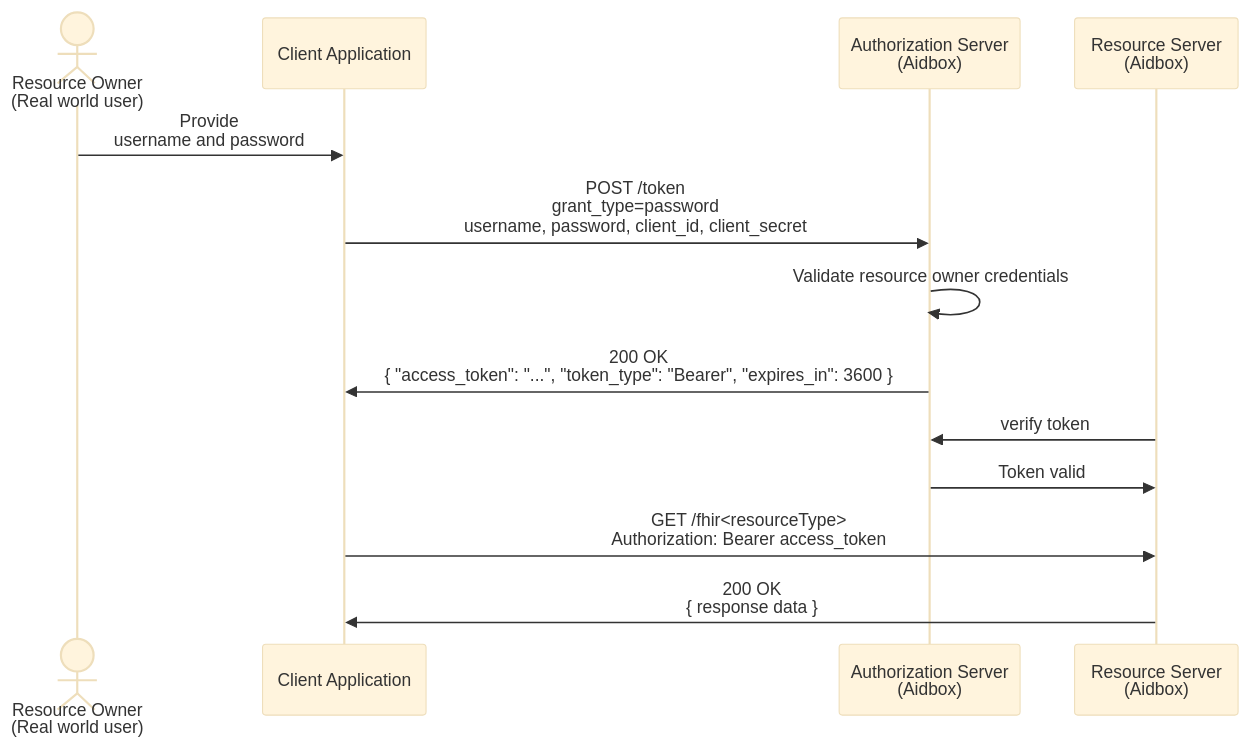
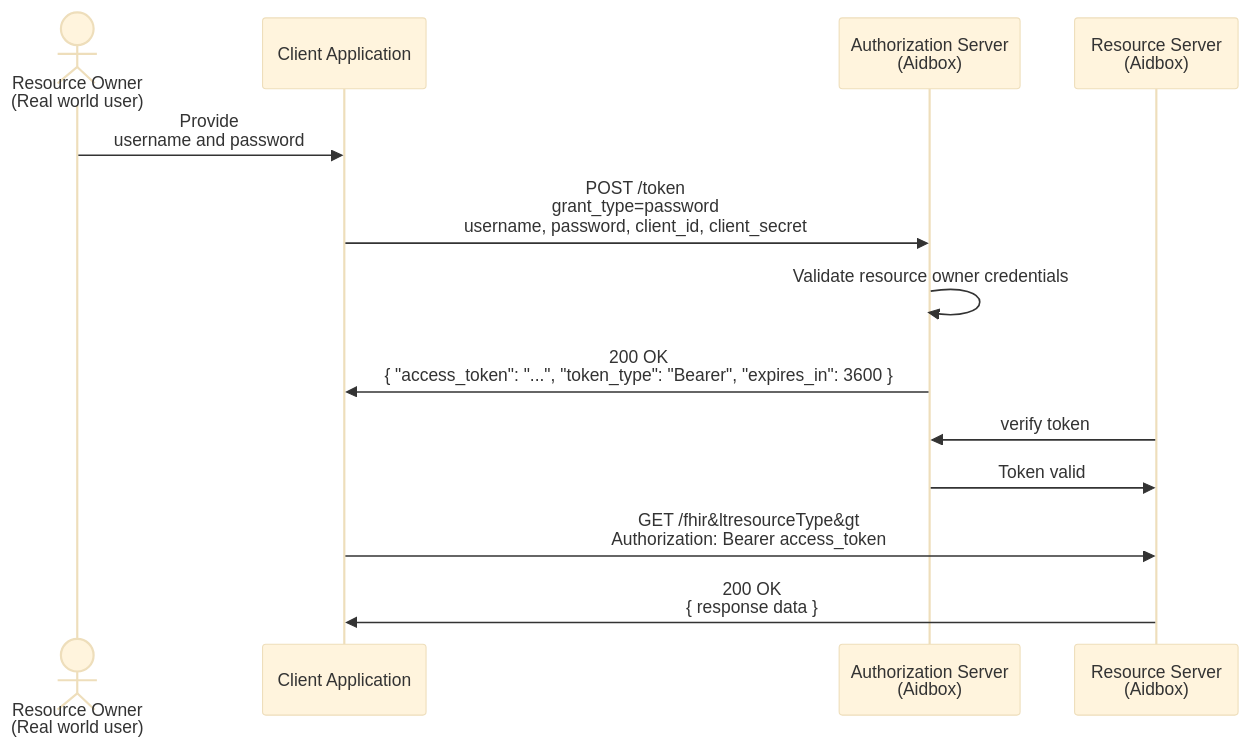
The third of 4 diagrams in docs/access-control/authentication/oauth-2-0.md (HealthSamurai/documentation), drawn with Mermaid (base theme) before and after one commit. The commit also changed other lines of this file, not shown here.

Commit message:
fix mermaid rendering

````diff
--- a/docs/access-control/authentication/oauth-2-0.md
+++ b/docs/access-control/authentication/oauth-2-0.md
@@ -67,16 +67,16 @@
 ```mermaid fullWidth="true"
 sequenceDiagram
   actor RO as Resource Owner<br>(Real world user)
   participant ClientApp as Client Application
   participant AS as Authorization Server<br>(Aidbox)
   participant RS as Resource Server<br>(Aidbox)
 
   RO->>ClientApp: Provide<br>username and password
   ClientApp->>AS: POST /token<br/>grant_type=password<br/>username, password, client_id, client_secret
   AS->>AS: Validate resource owner credentials
   AS->>ClientApp: 200 OK<br/>{ "access_token": "...", "token_type": "Bearer", "expires_in": 3600 }
   RS ->> AS: verify token
   AS ->> RS: Token valid
-  ClientApp->>RS: GET /fhir<resourceType><br/>Authorization: Bearer access_token
+  ClientApp->>RS: GET /fhir&ltresourceType&gt<br/>Authorization: Bearer access_token
   RS->>ClientApp: 200 OK<br/>{ response data }
 ```
````
